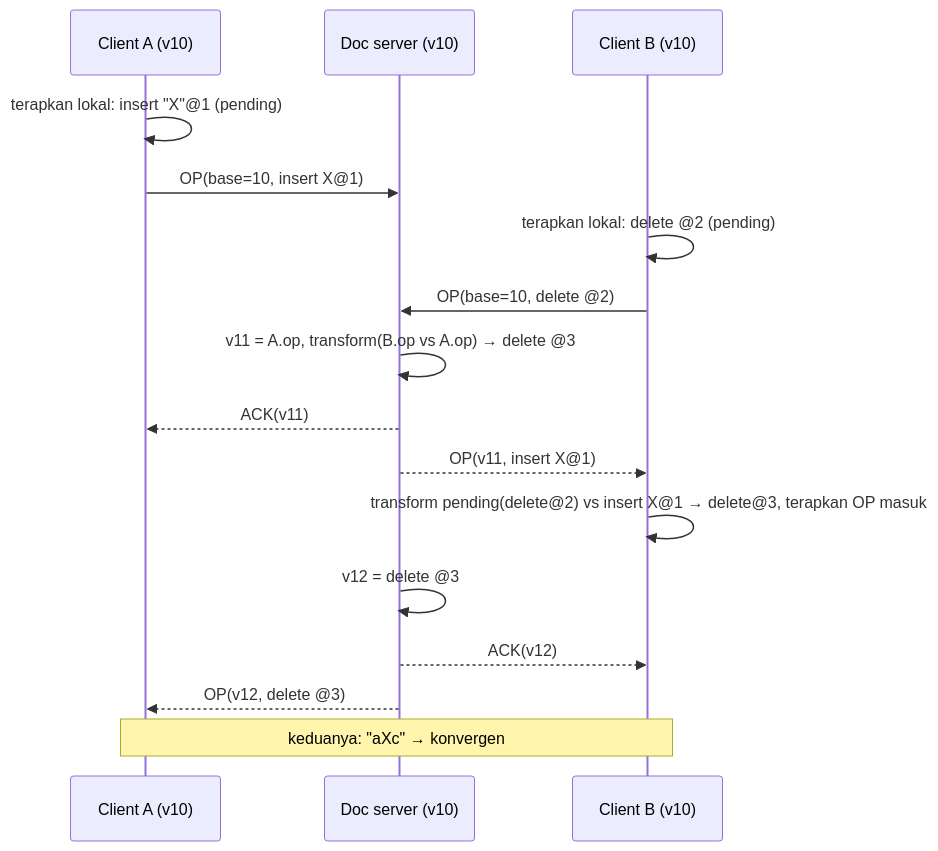
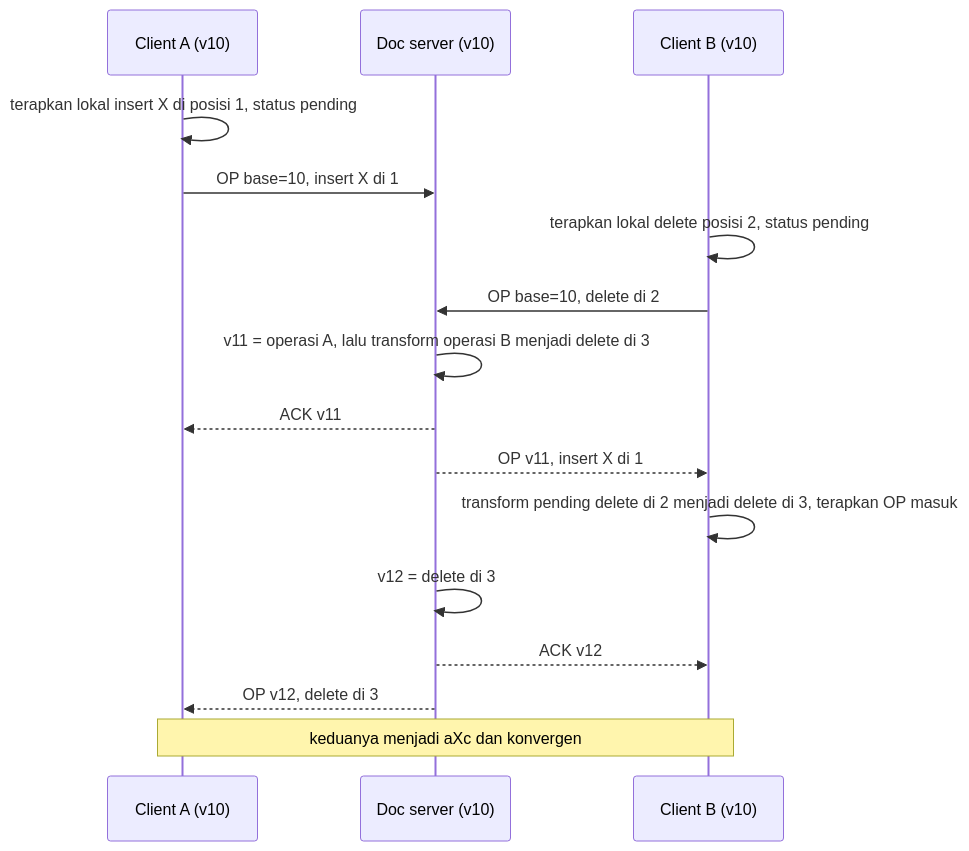
One commit to andreanpradanaa/sysdesign-lab changed the second of 2 diagrams in src/content/lessons/bagian-3/google-docs.mdx. Above: the diagram before and after it, drawn with Mermaid. The commit also changed other lines of this file and 17 other files, not shown here.

````diff
--- a/src/content/lessons/bagian-3/google-docs.mdx
+++ b/src/content/lessons/bagian-3/google-docs.mdx
@@ -175,18 +187,18 @@
 ```mermaid
 sequenceDiagram
   participant A as Client A (v10)
   participant S as Doc server (v10)
   participant B as Client B (v10)
-  A->>A: terapkan lokal: insert "X"@1 (pending)
-  A->>S: OP(base=10, insert X@1)
-  B->>B: terapkan lokal: delete @2 (pending)
-  B->>S: OP(base=10, delete @2)
-  S->>S: v11 = A.op, transform(B.op vs A.op) → delete @3
-  S-->>A: ACK(v11)
-  S-->>B: OP(v11, insert X@1)
-  B->>B: transform pending(delete@2) vs insert X@1 → delete@3, terapkan OP masuk
-  S->>S: v12 = delete @3
-  S-->>B: ACK(v12)
-  S-->>A: OP(v12, delete @3)
-  Note over A,B: keduanya: "aXc" → konvergen
+  A->>A: terapkan lokal insert X di posisi 1, status pending
+  A->>S: OP base=10, insert X di 1
+  B->>B: terapkan lokal delete posisi 2, status pending
+  B->>S: OP base=10, delete di 2
+  S->>S: v11 = operasi A, lalu transform operasi B menjadi delete di 3
+  S-->>A: ACK v11
+  S-->>B: OP v11, insert X di 1
+  B->>B: transform pending delete di 2 menjadi delete di 3, terapkan OP masuk
+  S->>S: v12 = delete di 3
+  S-->>B: ACK v12
+  S-->>A: OP v12, delete di 3
+  Note over A,B: keduanya menjadi aXc dan konvergen
 ```
````
